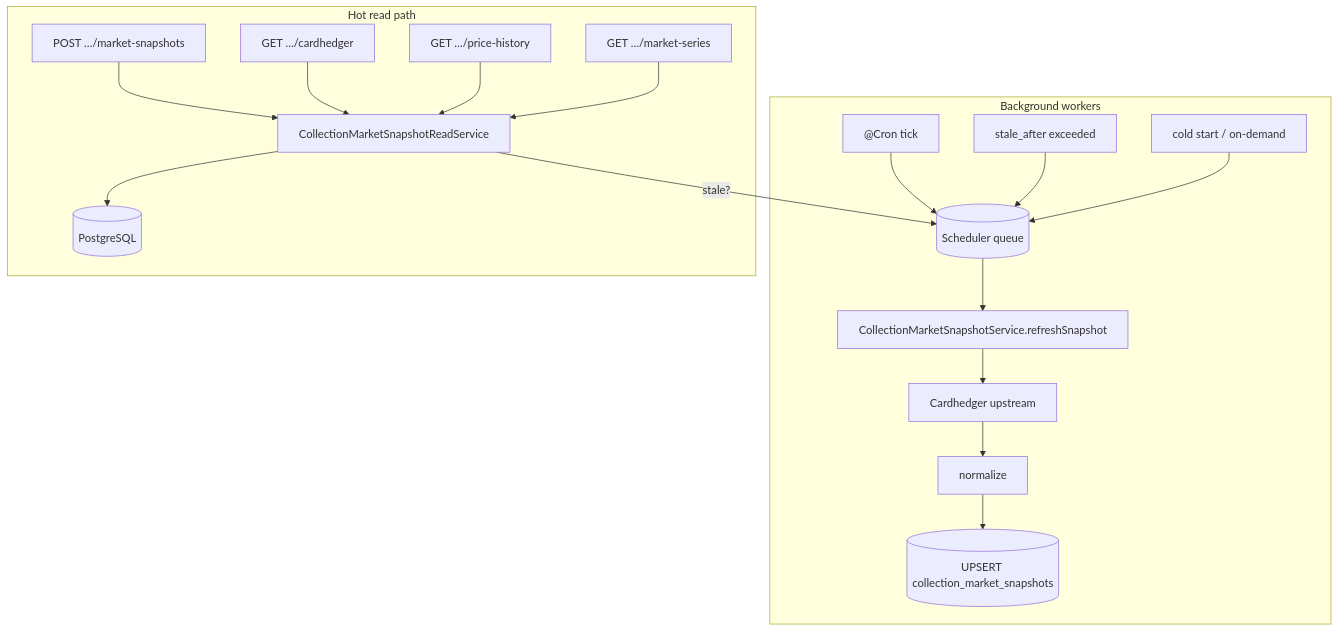
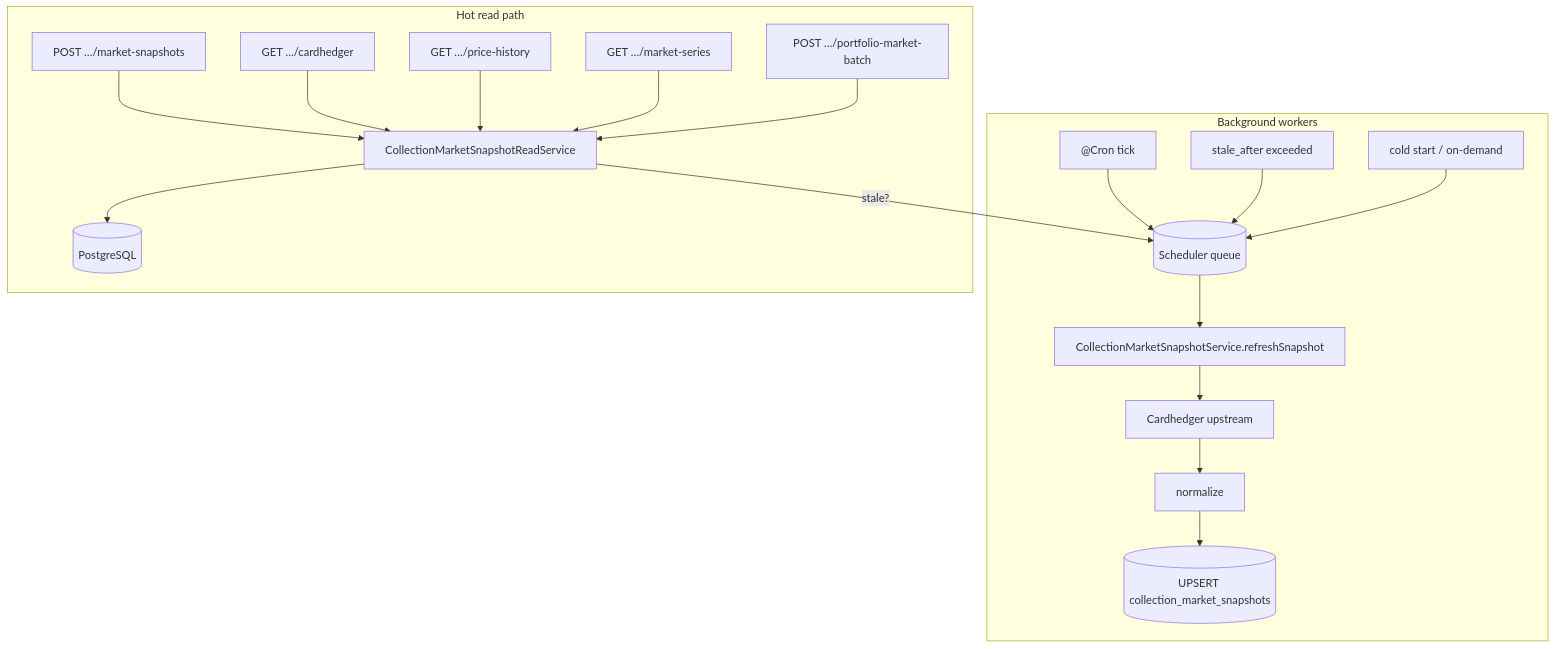
Before and after one commit to tokenable-dev/tokenable-dev: the diagram in docs/architecture/materialized-market-snapshots.md, drawn with Mermaid. The commit also changed other lines of this file and 42 other files, not shown here.

````diff
--- a/docs/architecture/materialized-market-snapshots.md
+++ b/docs/architecture/materialized-market-snapshots.md
@@ -9,28 +9,30 @@
 ```mermaid
 flowchart TD
     subgraph workers [Background workers]
         CRON["@Cron tick"]
         SWR["stale_after exceeded"]
         COLD["cold start / on-demand"]
         CRON --> Q[(Scheduler queue)]
         SWR --> Q
         COLD --> Q
         Q --> REF[CollectionMarketSnapshotService.refreshSnapshot]
         REF --> CH[Cardhedger upstream]
         CH --> NORM[normalize]
         NORM --> UPSERT[("UPSERT collection_market_snapshots")]
     end
 
     subgraph api [Hot read path]
-        GET1["POST …/market-snapshots"]
-        GET2["GET …/cardhedger"]
-        GET3["GET …/price-history"]
-        GET4["GET …/market-series"]
-        GET1 --> READ[CollectionMarketSnapshotReadService]
-        GET2 --> READ
-        GET3 --> READ
-        GET4 --> READ
-        READ --> PG[("PostgreSQL")]
-        READ -->|stale?| Q
+    GET1["POST …/market-snapshots"]
+    GET2["GET …/cardhedger"]
+    GET3["GET …/price-history"]
+    GET4["GET …/market-series"]
+    GET5["POST …/portfolio-market-batch"]
+    GET1 --> READ[CollectionMarketSnapshotReadService]
+    GET2 --> READ
+    GET3 --> READ
+    GET4 --> READ
+    GET5 --> READ
+    READ --> PG[("PostgreSQL")]
+    READ -->|stale?| Q
     end
 ```
````
